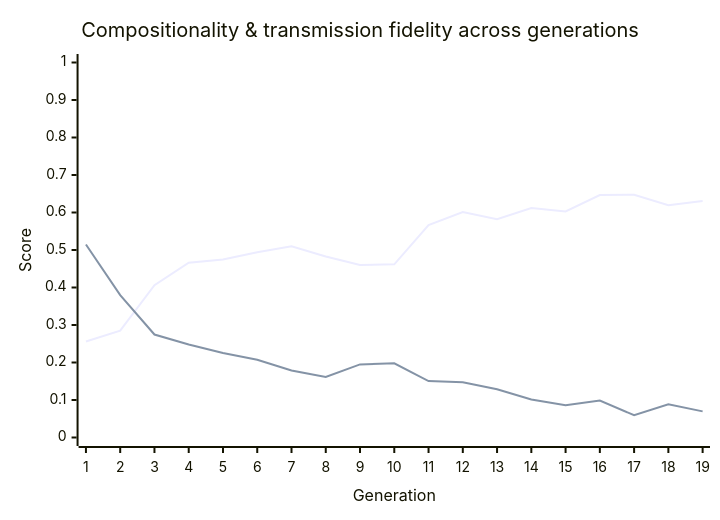
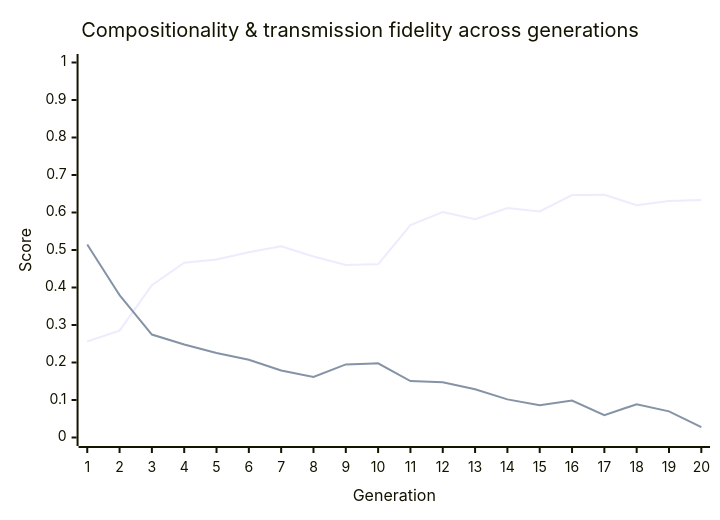
One commit to nichobbs/traditio changed the diagram in metrics/latest-report.md. Above: the diagram before and after it, drawn with Mermaid. The commit also changed other lines of this file and 1 other file, not shown here.

````diff
--- a/metrics/latest-report.md
+++ b/metrics/latest-report.md
@@ -40,8 +40,8 @@
 ```mermaid
 xychart-beta
     title "Compositionality & transmission fidelity across generations"
-    x-axis "Generation" [1, 2, 3, 4, 5, 6, 7, 8, 9, 10, 11, 12, 13, 14, 15, 16, 17, 18, 19]
+    x-axis "Generation" [1, 2, 3, 4, 5, 6, 7, 8, 9, 10, 11, 12, 13, 14, 15, 16, 17, 18, 19, 20]
     y-axis "Score" 0 --> 1
-    line "Compositionality" [0.2559, 0.2849, 0.4060, 0.4663, 0.4745, 0.4941, 0.5099, 0.4826, 0.4603, 0.4619, 0.5665, 0.6011, 0.5822, 0.6121, 0.6029, 0.6464, 0.6473, 0.6195, 0.6304]
-    line "Transmission Fidelity" [0.5148, 0.3796, 0.2746, 0.2481, 0.2251, 0.2074, 0.1785, 0.1615, 0.1949, 0.1977, 0.1504, 0.1472, 0.1286, 0.1016, 0.0861, 0.0987, 0.0594, 0.0888, 0.0697]
+    line "Compositionality" [0.2559, 0.2849, 0.4060, 0.4663, 0.4745, 0.4941, 0.5099, 0.4826, 0.4603, 0.4619, 0.5665, 0.6011, 0.5822, 0.6121, 0.6029, 0.6464, 0.6473, 0.6195, 0.6304, 0.6332]
+    line "Transmission Fidelity" [0.5148, 0.3796, 0.2746, 0.2481, 0.2251, 0.2074, 0.1785, 0.1615, 0.1949, 0.1977, 0.1504, 0.1472, 0.1286, 0.1016, 0.0861, 0.0987, 0.0594, 0.0888, 0.0697, 0.0276]
 ```
````
